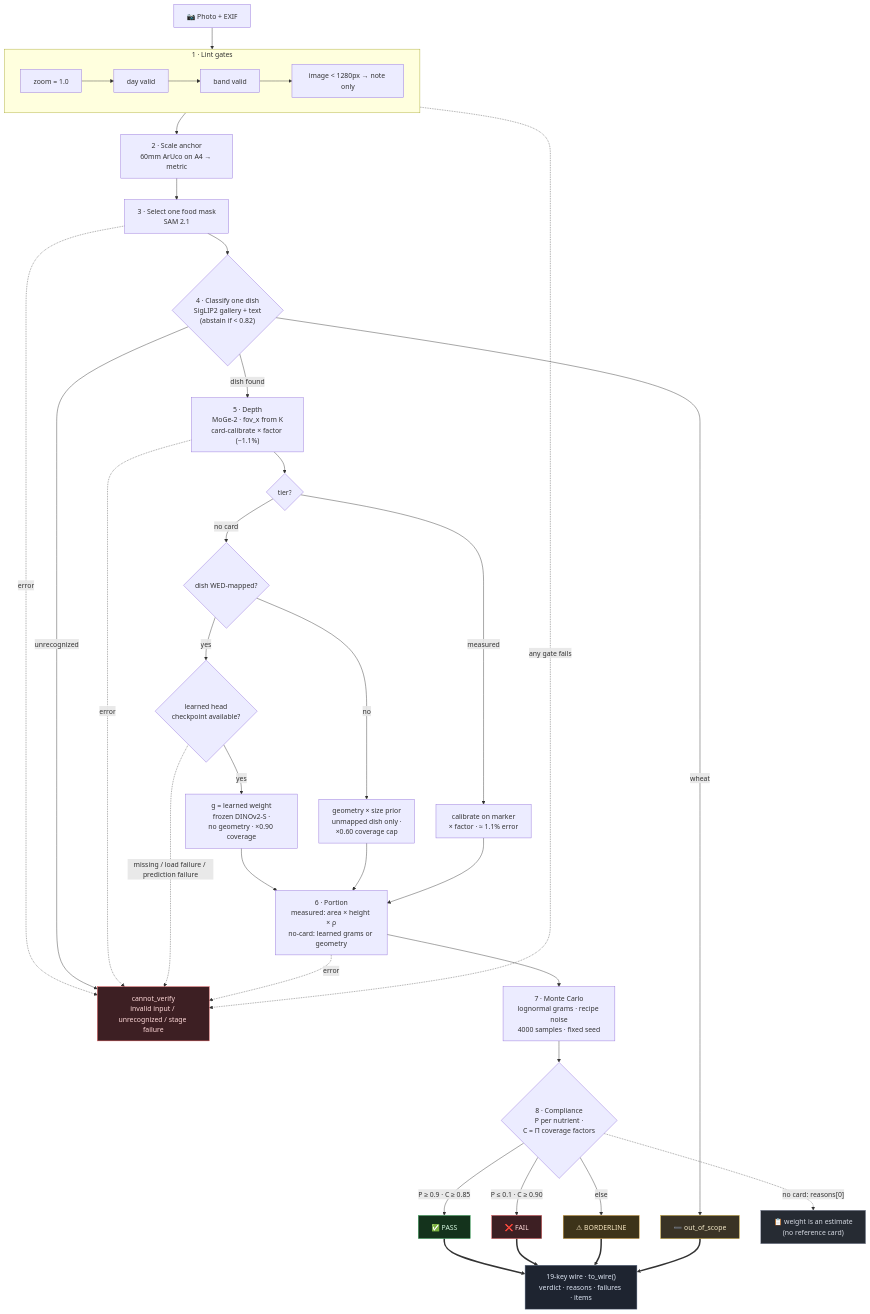
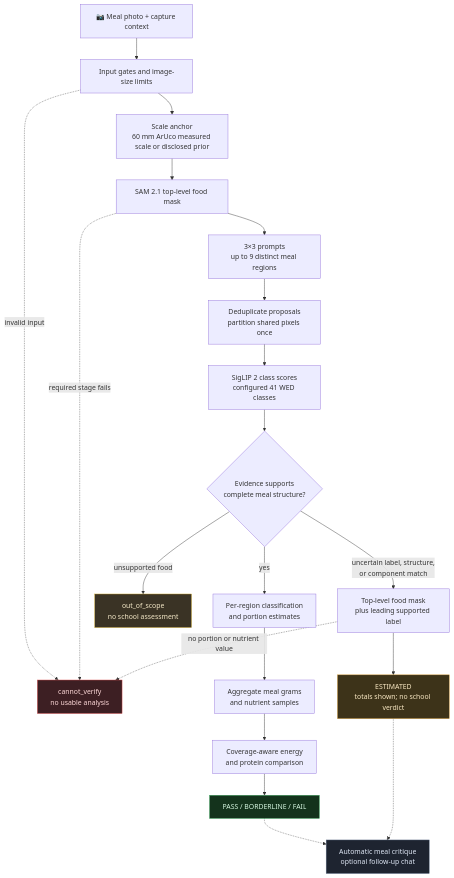
The diagram in README.md (Lion4467cat/NutriSense), drawn with Mermaid before and after one commit. The commit also changed other lines of this file and 789 other files, not shown here.

````diff
--- a/README.md
+++ b/README.md
@@ -36,59 +36,34 @@
 ```mermaid
 flowchart TD
-    IMG["📷 Photo + EXIF"] --> L1
-
-    subgraph LINT["1 · Lint gates"]
-        direction LR
-        L1["zoom = 1.0"] --> L2["day valid"] --> L3["band valid"]
-        L3 --> L4["image < 1280px → note only"]
-    end
-
-    LINT -.->|"any gate fails"| CANNOT
-    L4 --> A["2 · Scale anchor<br/>60mm ArUco on A4 → metric"]
-
-    A --> SEG["3 · Select one food mask<br/>SAM 2.1"]
-    SEG -.->|error| CANNOT
-    SEG --> CLS{"4 · Classify one dish<br/>SigLIP2 gallery + text<br/>(abstain if < 0.82)"}
-    CLS -->|"unrecognized"| CANNOT
-    CLS -->|wheat| OOS["➖ out_of_scope"]
-    CLS -->|dish found| DEPTH["5 · Depth<br/>MoGe-2 · fov_x from K<br/>card-calibrate × factor (~1.1%)"]
-    DEPTH -.->|error| CANNOT
-    DEPTH --> TIER{"tier?"}
-    TIER -->|measured| CAL["calibrate on marker<br/>× factor · ≈ 1.1% error"]
-    TIER -->|no card| MAP{"dish WED-mapped?"}
-    MAP -->|yes| HEAD{"learned head<br/>checkpoint available?"}
-    HEAD -->|yes| LEARN["g = learned weight<br/>frozen DINOv2-S ·<br/>no geometry · ×0.90 coverage"]
-    HEAD -.->|missing / load failure / prediction failure| CANNOT
-    MAP -->|no| NOCAL["geometry × size prior<br/>unmapped dish only ·<br/>×0.60 coverage cap"]
-    LEARN --> PORT
-    NOCAL --> PORT
-    CAL --> PORT["6 · Portion<br/>measured: area × height × ρ<br/>no-card: learned grams or geometry"]
-    PORT -.->|error| CANNOT
-    PORT --> MC["7 · Monte Carlo<br/>lognormal grams · recipe noise<br/>4000 samples · fixed seed"]
-
-    MC --> VER{"8 · Compliance<br/>P per nutrient ·<br/>C = Π coverage factors"}
-    VER -->|"P ≥ 0.9 · C ≥ 0.85"| PASS["✅ PASS"]
-    VER -->|"P ≤ 0.1 · C ≥ 0.90"| FAIL["❌ FAIL"]
-    VER -->|else| BORD["⚠ BORDERLINE"]
-    VER -.->|"no card: reasons[0]"| DISC["📋 weight is an estimate<br/>(no reference card)"]
-
-    PASS ==> WIRE["19-key wire · to_wire()<br/>verdict · reasons · failures · items"]
-    FAIL ==> WIRE
-    BORD ==> WIRE
-    OOS ==> WIRE
-    CANNOT["cannot_verify<br/>invalid input / unrecognized / stage failure"]
+    IMG["📷 Meal photo + capture context"] --> CHECK["Input gates and image-size limits"]
+    CHECK -.->|"invalid input"| CANNOT["cannot_verify<br/>no usable analysis"]
+    CHECK --> ANCHOR["Scale anchor<br/>60 mm ArUco measured scale or disclosed prior"]
+    ANCHOR --> MASK["SAM 2.1 top-level food mask"]
+    MASK -.->|"required stage fails"| CANNOT
+    MASK --> REGIONS["3×3 prompts<br/>up to 9 distinct meal regions"]
+    REGIONS --> PARTITION["Deduplicate proposals<br/>partition shared pixels once"]
+    PARTITION --> LABELS["SigLIP 2 class scores<br/>configured 41 WED classes"]
+    LABELS --> ROUTE{"Evidence supports<br/>complete meal structure?"}
+    ROUTE -->|"yes"| ITEMS["Per-region classification<br/>and portion estimates"]
+    ITEMS --> TOTAL["Aggregate meal grams<br/>and nutrient samples"]
+    TOTAL --> SCORE["Coverage-aware energy<br/>and protein comparison"]
+    SCORE --> PASS["PASS / BORDERLINE / FAIL"]
+    ROUTE -->|"uncertain label, structure,<br/>or component match"| FALLBACK["Top-level food mask<br/>plus leading supported label"]
+    FALLBACK --> EST["ESTIMATED<br/>totals shown; no school verdict"]
+    FALLBACK -.->|"no portion or nutrient value"| CANNOT
+    ROUTE -->|"unsupported food"| OOS["out_of_scope<br/>no school assessment"]
+    PASS -.-> CRITIQUE["Automatic meal critique<br/>optional follow-up chat"]
+    EST -.-> CRITIQUE
 
     classDef err fill:#3d1f23,stroke:#e05252,color:#ffd9d9
     classDef oos fill:#3a3325,stroke:#c9a227,color:#f5e9c8
     classDef ok fill:#14331c,stroke:#3fae62,color:#d4f5df
     classDef warn fill:#3d3319,stroke:#d9a13a,color:#fae9c4
     classDef wire fill:#1e2430,stroke:#5b6b85,color:#dfe7f5
     classDef neutral fill:#262b33,stroke:#8b93a7,color:#d7dbe4
     class OOS oos
     class PASS ok
-    class FAIL err
-    class BORD warn
-    class DISC neutral
-    class WIRE wire
+    class EST warn
+    class CRITIQUE wire
     class CANNOT err
 ```
````
